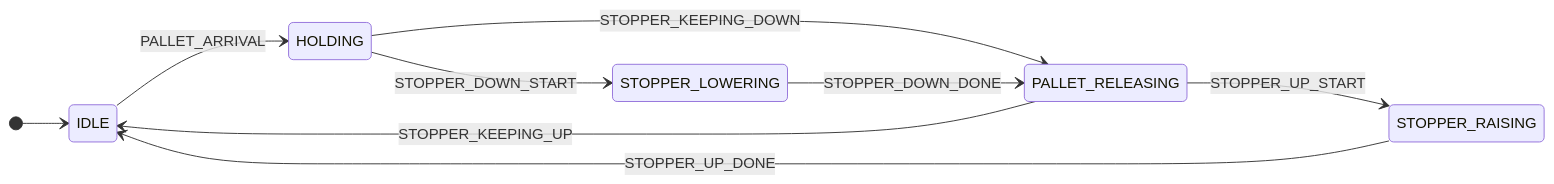
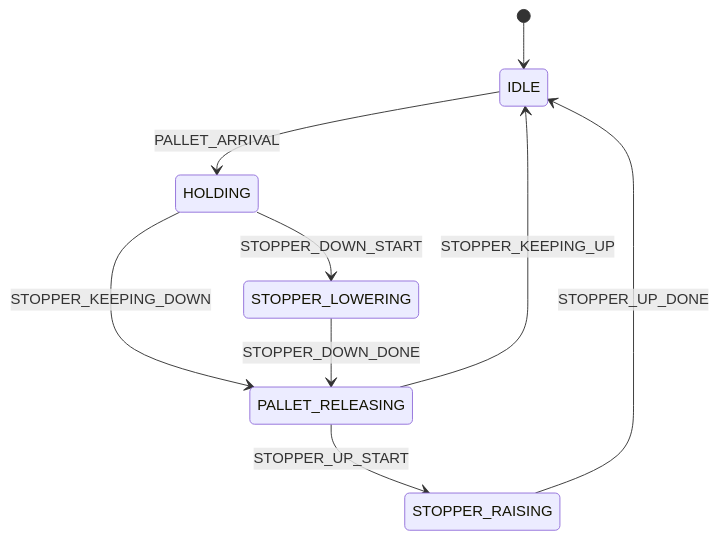
The diagram in docs/state_diagrams/buffer_standard.mmd (dhrv-myelin/asm-predictive-maintenance), drawn with Mermaid before and after one commit. The commit also changed 4 other files, not shown here.

Commit message:
Updated State diagrams

```diff
--- a/docs/state_diagrams/buffer_standard.mmd
+++ b/docs/state_diagrams/buffer_standard.mmd
@@ -1,10 +1,10 @@
 stateDiagram-v2
-    direction LR
     [*] --> IDLE
+    
     IDLE --> HOLDING: PALLET_ARRIVAL
     HOLDING --> PALLET_RELEASING: STOPPER_KEEPING_DOWN
     HOLDING --> STOPPER_LOWERING: STOPPER_DOWN_START
     STOPPER_LOWERING --> PALLET_RELEASING: STOPPER_DOWN_DONE
     PALLET_RELEASING --> IDLE: STOPPER_KEEPING_UP
     PALLET_RELEASING --> STOPPER_RAISING: STOPPER_UP_START
     STOPPER_RAISING --> IDLE: STOPPER_UP_DONE
```
